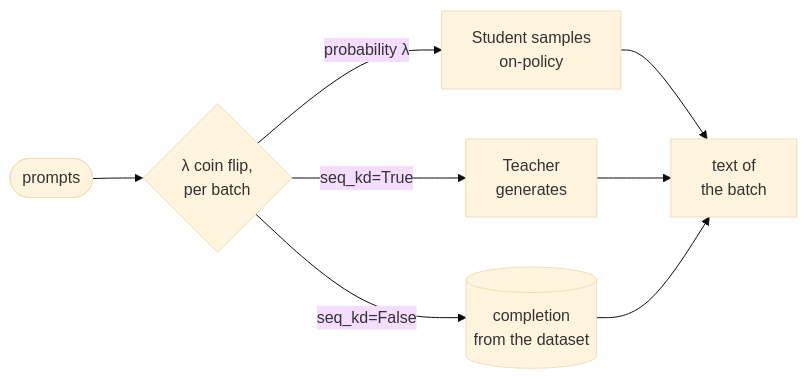
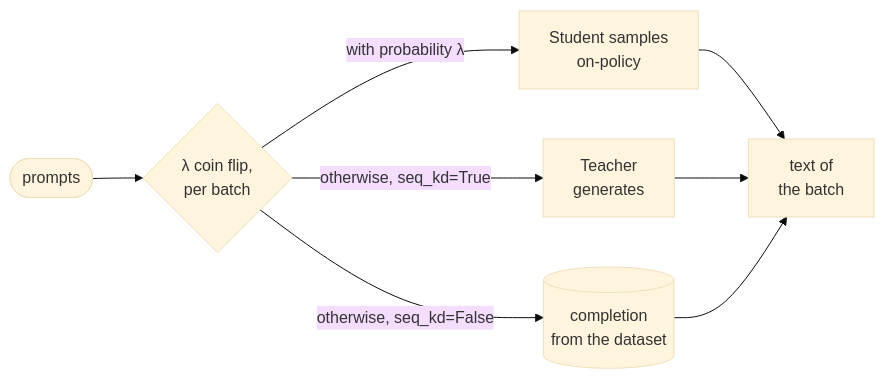
The first of 3 diagrams in 00-foundations/distillation/PRIMER.md (aniryou/full-stack-agentic-engineer), drawn with Mermaid (base theme) before and after one commit. The commit also changed other lines of this file and 49 other files, not shown here.

````diff
--- a/00-foundations/distillation/PRIMER.md
+++ b/00-foundations/distillation/PRIMER.md
@@ -361,10 +361,10 @@
 ```mermaid
 flowchart LR
   P([prompts]) --> C{"λ coin flip,<br/>per batch"}
-  C -->|"probability λ"| S["Student samples<br/>on-policy"]
-  C -->|"seq_kd=True"| T["Teacher<br/>generates"]
-  C -->|"seq_kd=False"| D[("completion<br/>from the dataset")]
+  C -->|"with probability λ"| S["Student samples<br/>on-policy"]
+  C -->|"otherwise, seq_kd=True"| T["Teacher<br/>generates"]
+  C -->|"otherwise, seq_kd=False"| D[("completion<br/>from the dataset")]
   S --> X["text of<br/>the batch"]
   T --> X
   D --> X
 ```
````
